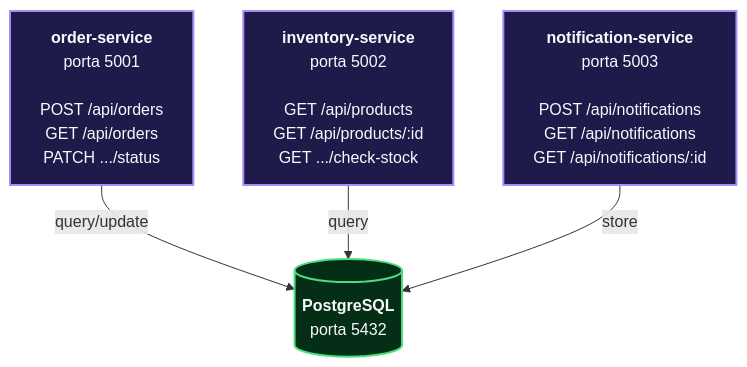
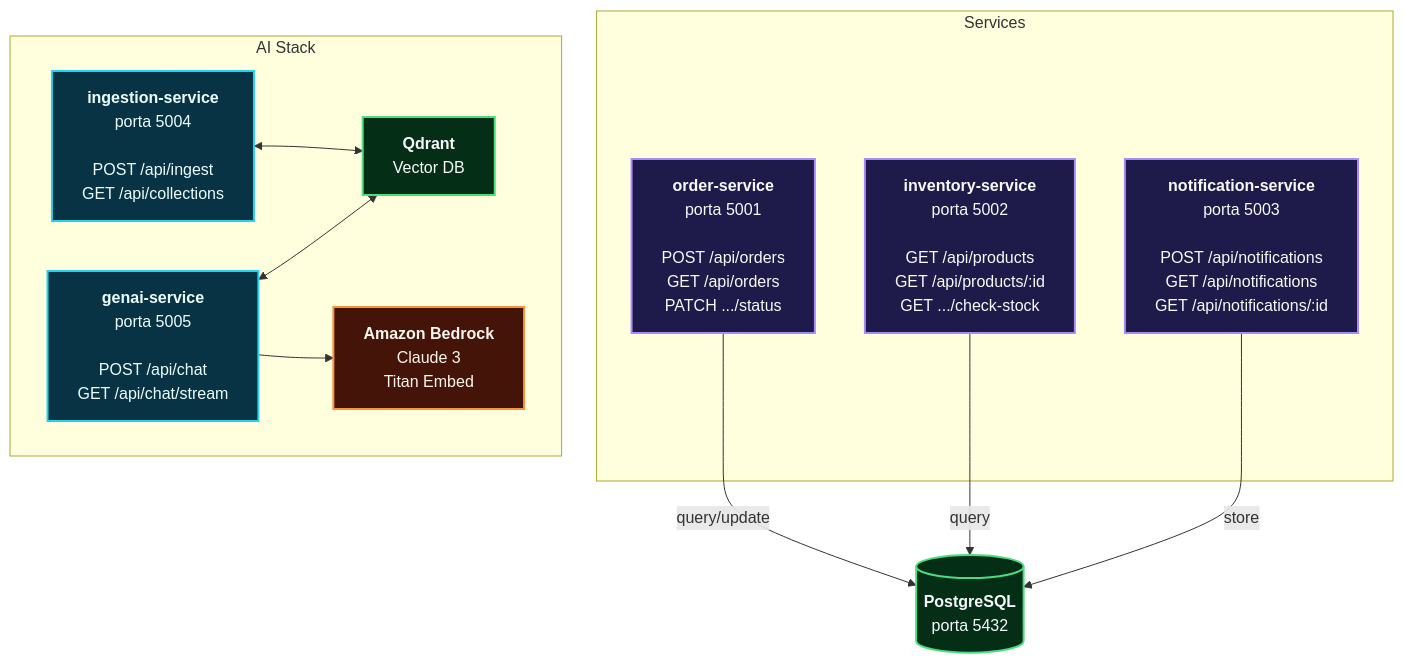
One commit to Mirkogeria/OrderFlow_DevOps changed the diagram in README.md. Above: the diagram before and after it, drawn with Mermaid. The commit also changed other lines of this file, not shown here.

Commit message:
docs: update README with ingestion-service and genai-service

````diff
--- a/README.md
+++ b/README.md
@@ -9,17 +9,33 @@
 ```mermaid
-graph TB
-    OrderService["<b>order-service</b><br/>porta 5001<br/><br/>POST /api/orders<br/>GET /api/orders<br/>PATCH .../status"]
-    InventoryService["<b>inventory-service</b><br/>porta 5002<br/><br/>GET /api/products<br/>GET /api/products/:id<br/>GET .../check-stock"]
-    NotificationService["<b>notification-service</b><br/>porta 5003<br/><br/>POST /api/notifications<br/>GET /api/notifications<br/>GET /api/notifications/:id"]
-    PostgreSQL[("<b>PostgreSQL</b><br/>porta 5432")]
-    
-    OrderService -->|query/update| PostgreSQL
-    InventoryService -->|query| PostgreSQL
-    NotificationService -->|store| PostgreSQL
-    
+flowchart TB
+ subgraph Services["Services"]
+        OrderService["<b>order-service</b><br>porta 5001<br><br>POST /api/orders<br>GET /api/orders<br>PATCH .../status"]
+        InventoryService["<b>inventory-service</b><br>porta 5002<br><br>GET /api/products<br>GET /api/products/:id<br>GET .../check-stock"]
+        NotificationService["<b>notification-service</b><br>porta 5003<br><br>POST /api/notifications<br>GET /api/notifications<br>GET /api/notifications/:id"]
+  end
+ subgraph AI_Stack["AI Stack"]
+        IngestionService["<b>ingestion-service</b><br>porta 5004<br><br>POST /api/ingest<br>GET /api/collections"]
+        GenAIService["<b>genai-service</b><br>porta 5005<br><br>POST /api/chat<br>GET /api/chat/stream"]
+        Qdrant["<b>Qdrant</b><br>Vector DB"]
+        Bedrock["<b>Amazon Bedrock</b><br>Claude 3<br>Titan Embed"]
+  end
+    OrderService -- query/update --> PostgreSQL[("<b>PostgreSQL</b><br>porta 5432")]
+    InventoryService -- query --> PostgreSQL
+    NotificationService -- store --> PostgreSQL
+    IngestionService <--> Qdrant
+    GenAIService <--> Qdrant
+    GenAIService --> Bedrock
+
+     OrderService:::service
+     InventoryService:::service
+     NotificationService:::service
+     PostgreSQL:::database
+     IngestionService:::ai
+     GenAIService:::ai
+     Qdrant:::database
+     Bedrock:::external
     classDef service stroke:#a78bfa,fill:#1e1b4b,color:#f8fafc,stroke-width:2px
     classDef database stroke:#4ade80,fill:#052e16,color:#f8fafc,stroke-width:2px
-    
-    class OrderService,InventoryService,NotificationService service
-    class PostgreSQL database
+    classDef ai stroke:#22d3ee,fill:#083344,color:#ecfeff,stroke-width:2px
+    classDef external stroke:#fb923c,fill:#431407,color:#fff7ed,stroke-width:2px
 ```
````
